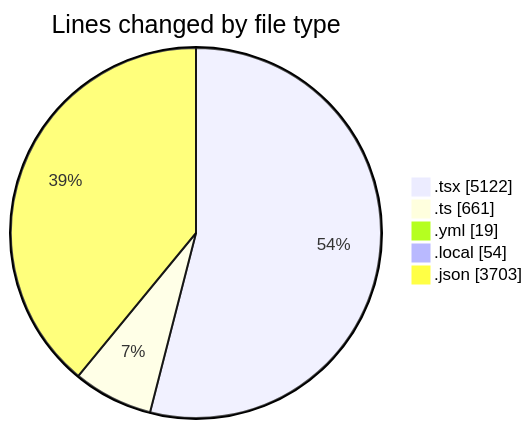
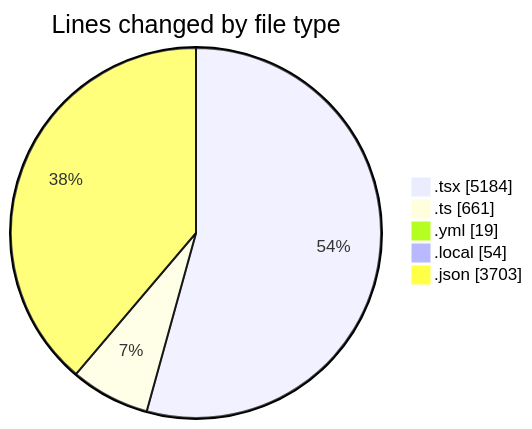
One commit to julien-gomy/code-tracking changed the first of 2 diagrams in 2025-11-18/eventscop-frontend-guide__workspace_/README.md. Above: the diagram before and after it, drawn with Mermaid. The commit also changed other lines of this file and 1 other file, not shown here.

````diff
--- a/2025-11-18/eventscop-frontend-guide__workspace_/README.md
+++ b/2025-11-18/eventscop-frontend-guide__workspace_/README.md
@@ -66,9 +67,9 @@
 ```mermaid
 pie showData
 title Lines changed by file type
-".tsx" : 5122
+".tsx" : 5184
 ".ts" : 661
 ".yml" : 19
 ".local" : 54
 ".json" : 3703
 ```
````
